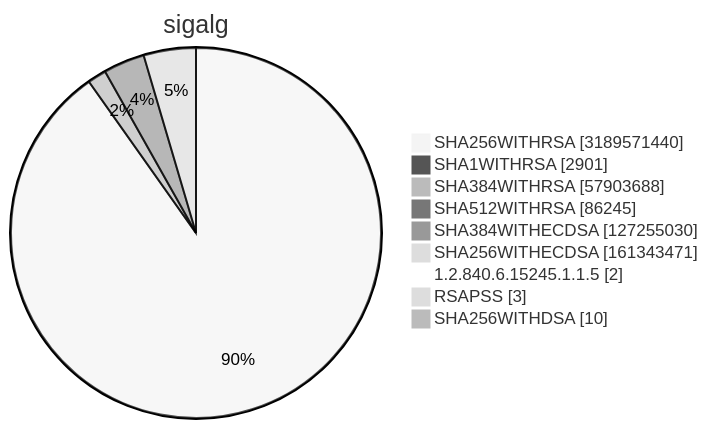
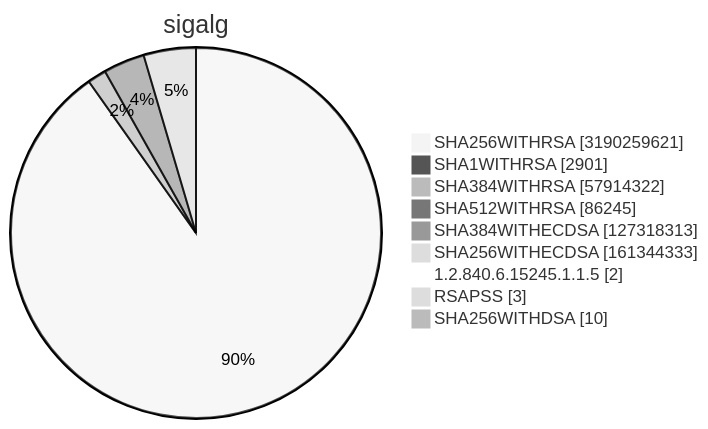
One commit to christiankrug/ctmonitor_visualization changed diagram 15 of 15 in TOTAL/README.md. Above: the diagram before and after it, drawn with Mermaid (neutral theme). The commit also changed other lines of this file, not shown here.

````diff
--- a/TOTAL/README.md
+++ b/TOTAL/README.md
@@ -6216,13 +6216,13 @@
 ```mermaid
 pie showData
 title sigalg
-"SHA256WITHRSA" :3189571440
+"SHA256WITHRSA" :3190259621
 "SHA1WITHRSA" :2901
-"SHA384WITHRSA" :57903688
+"SHA384WITHRSA" :57914322
 "SHA512WITHRSA" :86245
-"SHA384WITHECDSA" :127255030
-"SHA256WITHECDSA" :161343471
+"SHA384WITHECDSA" :127318313
+"SHA256WITHECDSA" :161344333
 "1.2.840.6.15245.1.1.5" :2
 "RSAPSS" :3
 "SHA256WITHDSA" :10
 ```
````
